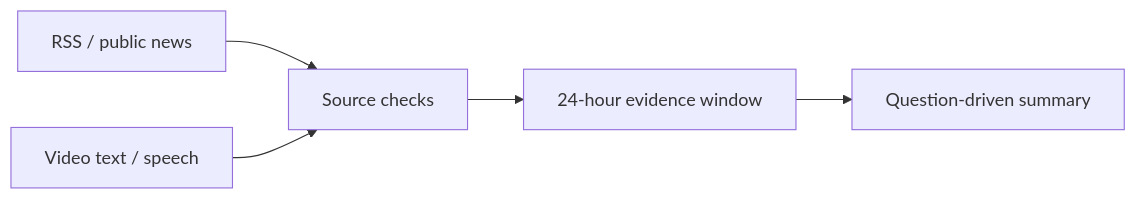
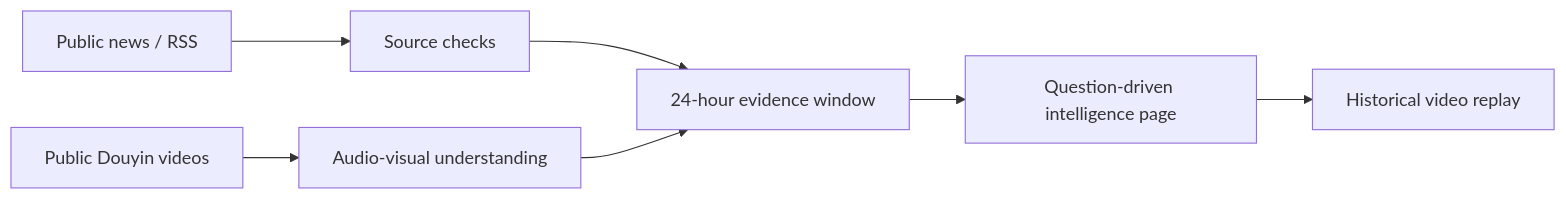
Before and after one commit to wilderjett250-art/024-market-intelligence: the diagram in README.en.md, drawn with Mermaid. The commit also changed other lines of this file and 11 other files, not shown here.

```diff
--- a/README.en.md
+++ b/README.en.md
@@ -11,7 +11,9 @@
 ~~~mermaid
 flowchart LR
- A[RSS / public news] --> C[Source checks]
- B[Video text / speech] --> C
- C --> D[24-hour evidence window]
- D --> E[Question-driven summary]
+ A[Public news / RSS] --> C[Source checks]
+ B[Public Douyin videos] --> D[Audio-visual understanding]
+ C --> E[24-hour evidence window]
+ D --> E
+ E --> F[Question-driven intelligence page]
+ F --> G[Historical video replay]
 ~~~
```
